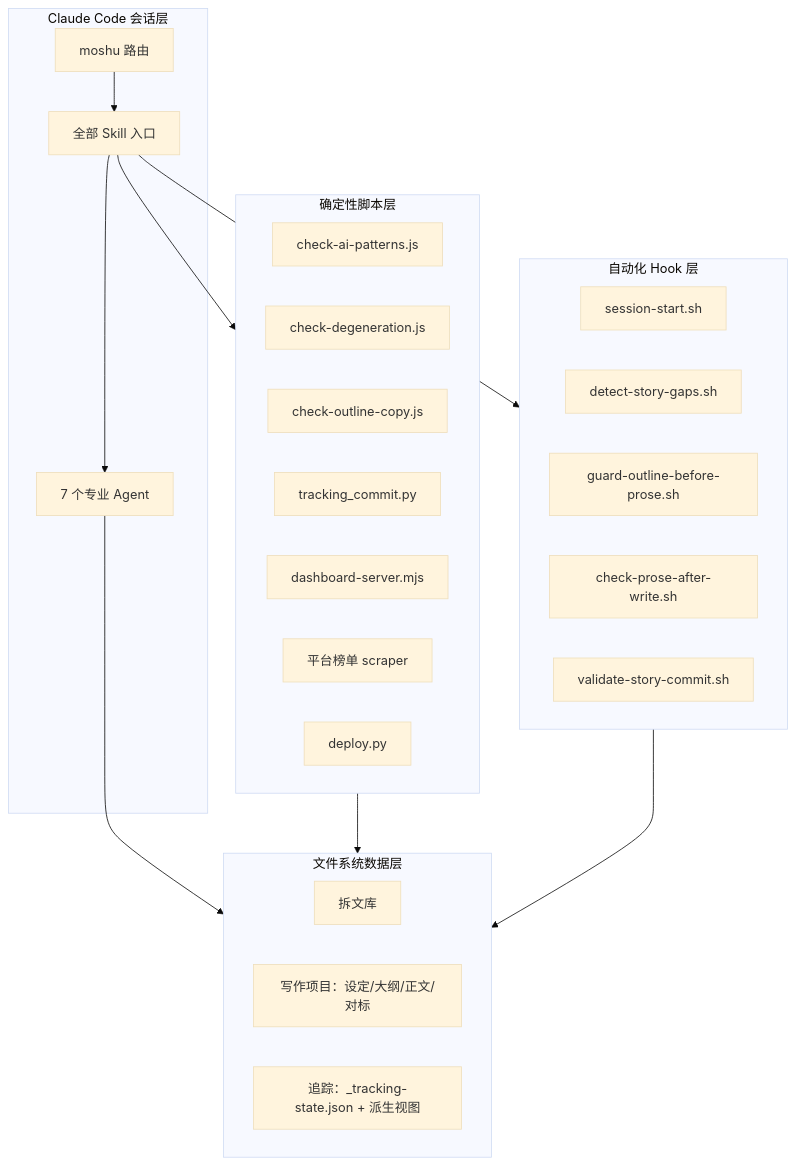
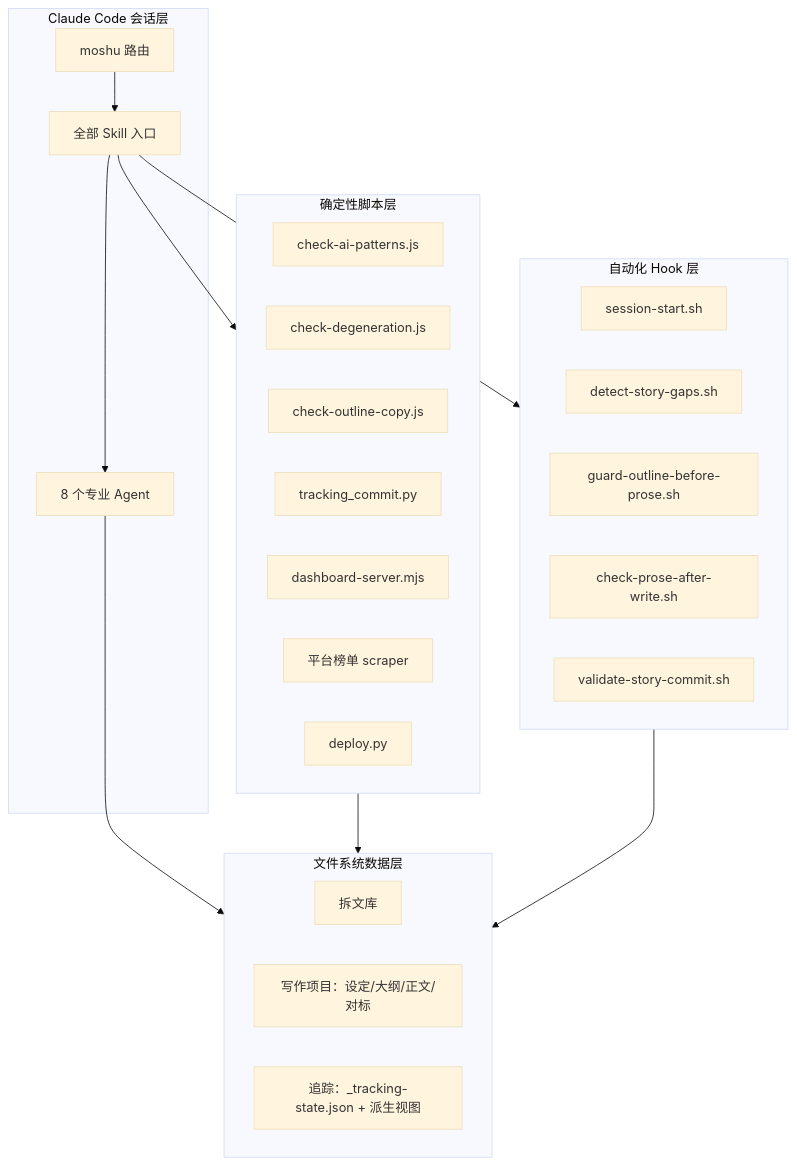
Before and after one commit to Chained1001/mo-shu: the fourth of 4 diagrams in docs/architecture.md, drawn with Mermaid (base theme). The commit also changed other lines of this file and 5 other files, not shown here.

Commit message:
docs: 产品文档（PRD+FSD）v2.0——定位/用户/全景/旅程/哲学/边界 + 架构四层/管线规格/Agent/自动化/部署/契约/预算/降级 + 真源对照表；顺带修 architecture.md 三处陈旧（8 agent/76 组/采风产出线挂 build，B46 审核勘误同步落档）+ README/导读/CHANGELOG 同步

````diff
--- a/docs/architecture.md
+++ b/docs/architecture.md
@@ -90,40 +90,40 @@
 ```mermaid
 flowchart TB
     subgraph UI[Claude Code 会话层]
         Router[moshu 路由]
         Skills[全部 Skill 入口]
-        Agents[7 个专业 Agent]
+        Agents[8 个专业 Agent]
     end
 
     subgraph Deterministic[确定性脚本层]
         D1[check-ai-patterns.js]
         D2[check-degeneration.js]
         D3[check-outline-copy.js]
         D4[tracking_commit.py]
         D5[dashboard-server.mjs]
         D6[平台榜单 scraper]
         D7[deploy.py]
     end
 
     subgraph Hooks[自动化 Hook 层]
         H1[session-start.sh]
         H2[detect-story-gaps.sh]
         H3[guard-outline-before-prose.sh]
         H4[check-prose-after-write.sh]
         H5[validate-story-commit.sh]
     end
 
     subgraph Storage[文件系统数据层]
         F1[拆文库]
         F2[写作项目：设定/大纲/正文/对标]
         F3[追踪：_tracking-state.json + 派生视图]
     end
 
     Router --> Skills
     Skills --> Agents
     Skills --> Deterministic
     Skills --> Hooks
     Agents --> Storage
     Deterministic --> Storage
     Hooks --> Storage
 ```
````
